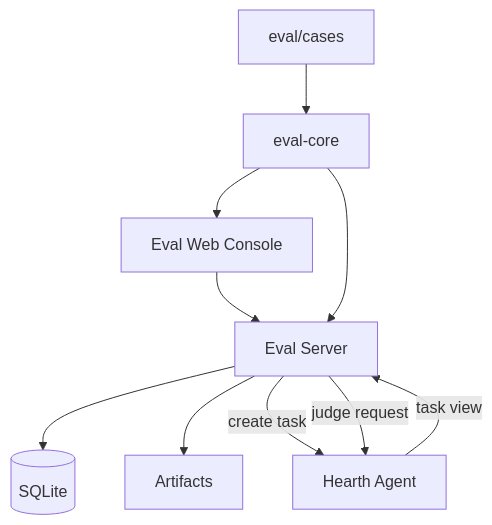
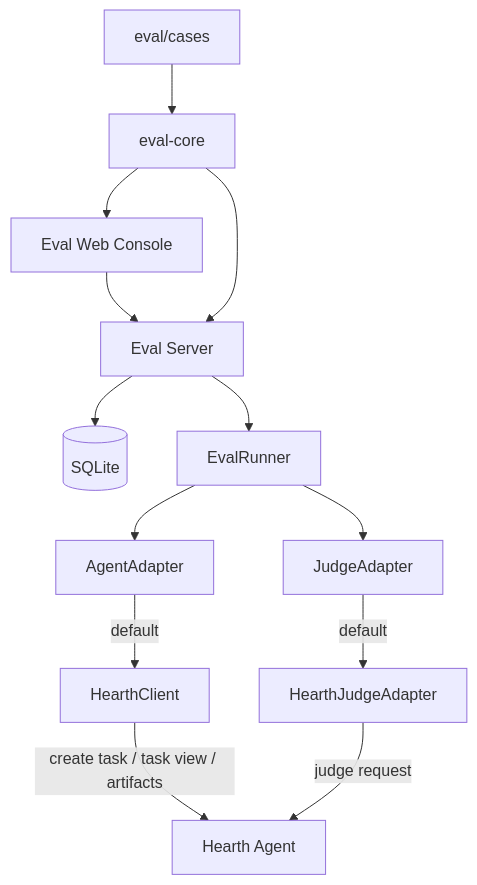
Before and after one commit to hearthproject/hearth-eval: the diagram in docs/guide/architecture.md, drawn with Mermaid. The commit also changed other lines of this file and 1 other file, not shown here.

Commit message:
docs: document agent and judge adapter boundary

````diff
--- a/docs/guide/architecture.md
+++ b/docs/guide/architecture.md
@@ -10,12 +10,15 @@
 ```mermaid
 flowchart TB
   UI[Eval Web Console] --> API[Eval Server]
   API --> STORE[(SQLite)]
-  API --> ART[Artifacts]
-  API -->|create task| HEARTH[Hearth Agent]
-  HEARTH -->|task view| API
-  API -->|judge request| HEARTH
+  API --> RUNNER[EvalRunner]
+  RUNNER --> AA[AgentAdapter]
+  RUNNER --> JA[JudgeAdapter]
+  AA -->|default| HC[HearthClient]
+  JA -->|default| HJ[HearthJudgeAdapter]
+  HC -->|create task / task view / artifacts| HEARTH[Hearth Agent]
+  HJ -->|judge request| HEARTH
   CORE[eval-core] --> API
   CORE --> UI
   CASE[eval/cases] --> CORE
 ```
````
